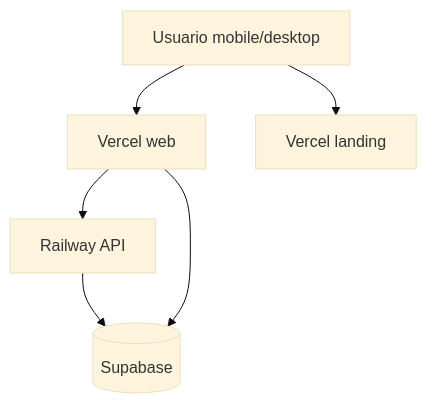
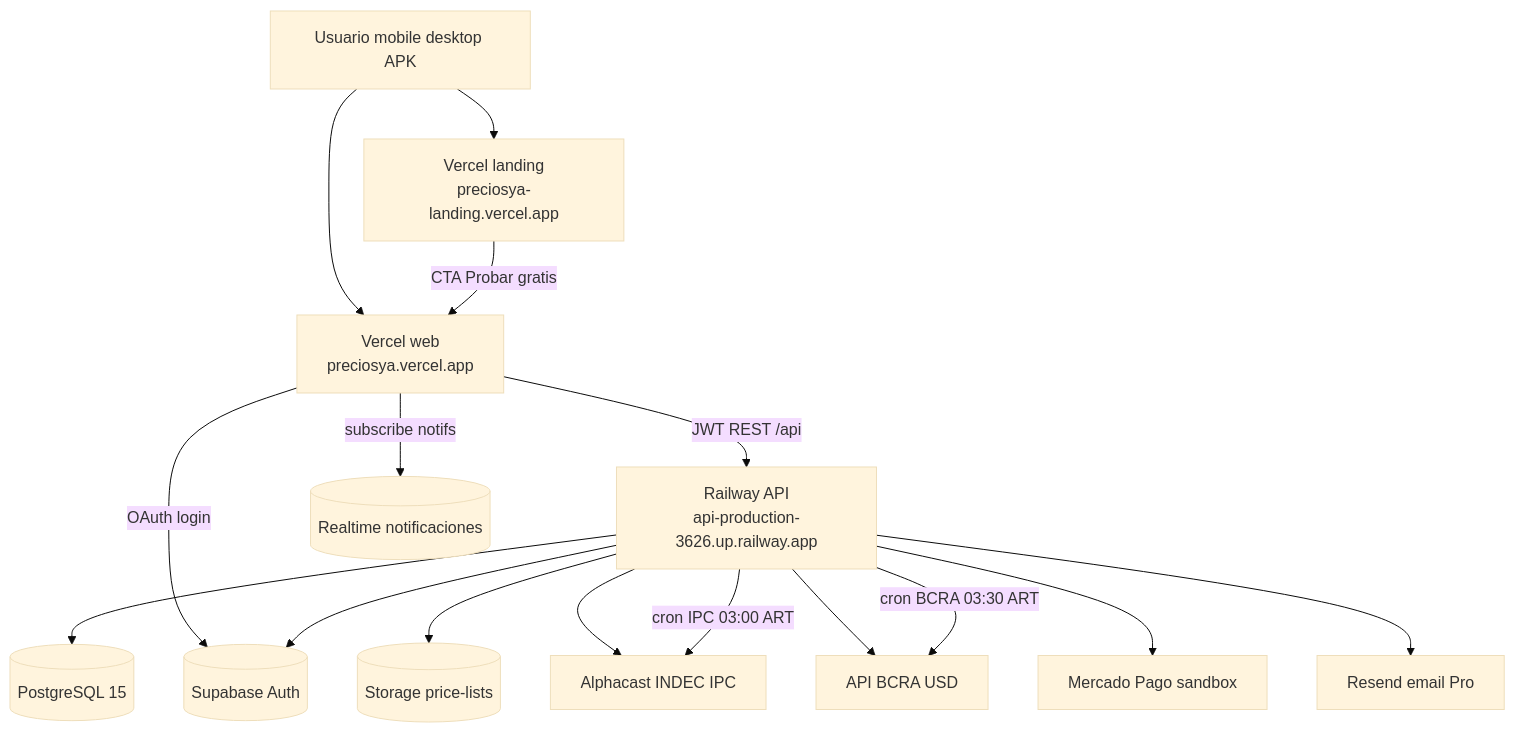
Before and after one commit to ELautax/PreciosYa: the diagram in docs/entrega/assets/uml-despliegue.mmd, drawn with Mermaid (base theme). The commit also changed 51 other files, not shown here.

```diff
--- a/docs/entrega/assets/uml-despliegue.mmd
+++ b/docs/entrega/assets/uml-despliegue.mmd
@@ -1,12 +1,29 @@
 flowchart TB
-  User[Usuario mobile/desktop]
-  VercelWeb[Vercel web]
-  VercelLand[Vercel landing]
-  Railway[Railway API]
-  Supa[(Supabase)]
+  User[Usuario mobile desktop APK]
+  VercelWeb["Vercel web\npreciosya.vercel.app"]
+  VercelLand["Vercel landing\npreciosya-landing.vercel.app"]
+  Railway["Railway API\napi-production-3626.up.railway.app"]
+  SupaAuth[(Supabase Auth)]
+  SupaDB[(PostgreSQL 15)]
+  SupaStorage[(Storage price-lists)]
+  SupaRT[(Realtime notificaciones)]
+  ExtINDEC[Alphacast INDEC IPC]
+  ExtBCRA[API BCRA USD]
+  ExtMP[Mercado Pago sandbox]
+  ExtResend[Resend email Pro]
 
   User --> VercelWeb
   User --> VercelLand
-  VercelWeb --> Railway
-  Railway --> Supa
-  VercelWeb --> Supa
+  VercelLand -->|CTA Probar gratis| VercelWeb
+  VercelWeb -->|JWT REST /api| Railway
+  VercelWeb -->|OAuth login| SupaAuth
+  VercelWeb -->|subscribe notifs| SupaRT
+  Railway --> SupaDB
+  Railway --> SupaAuth
+  Railway --> SupaStorage
+  Railway --> ExtINDEC
+  Railway --> ExtBCRA
+  Railway --> ExtMP
+  Railway --> ExtResend
+  Railway -->|cron IPC 03:00 ART| ExtINDEC
+  Railway -->|cron BCRA 03:30 ART| ExtBCRA
```
